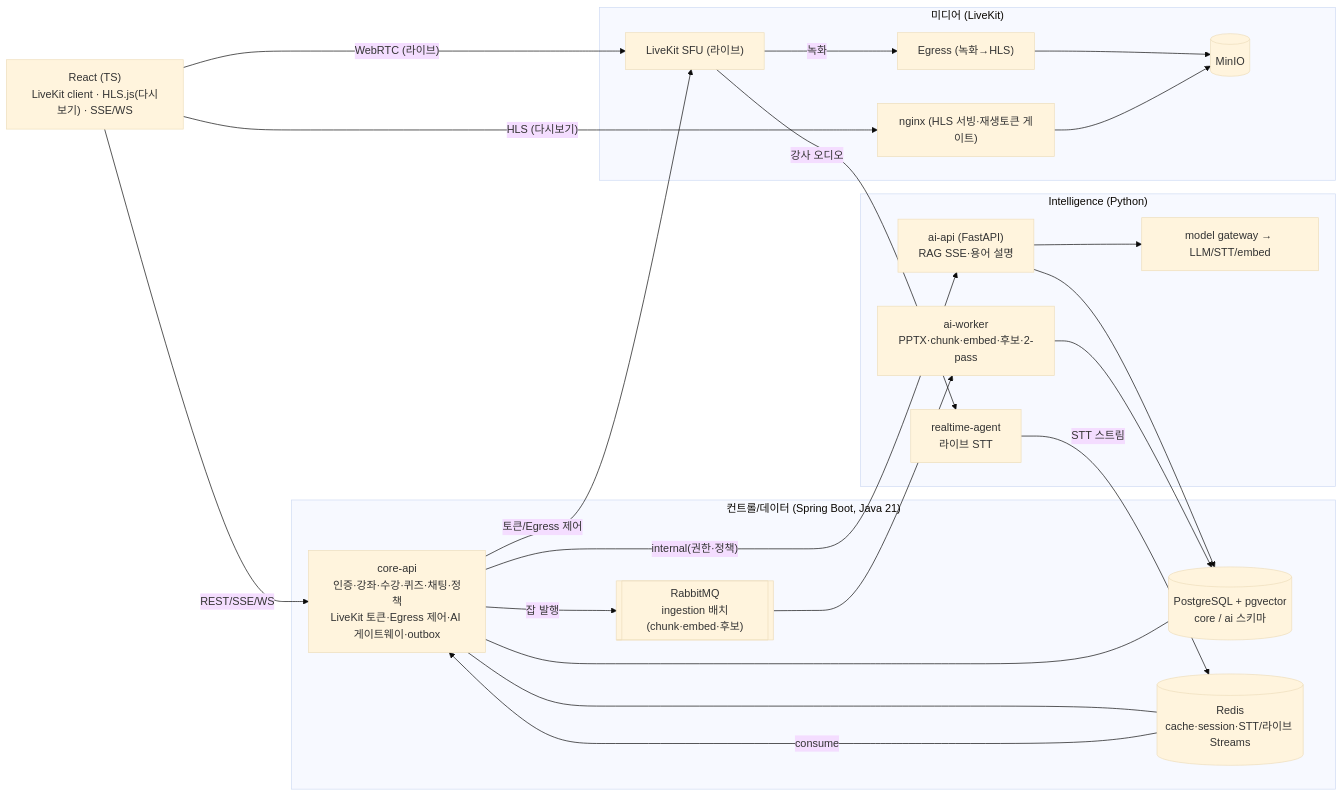
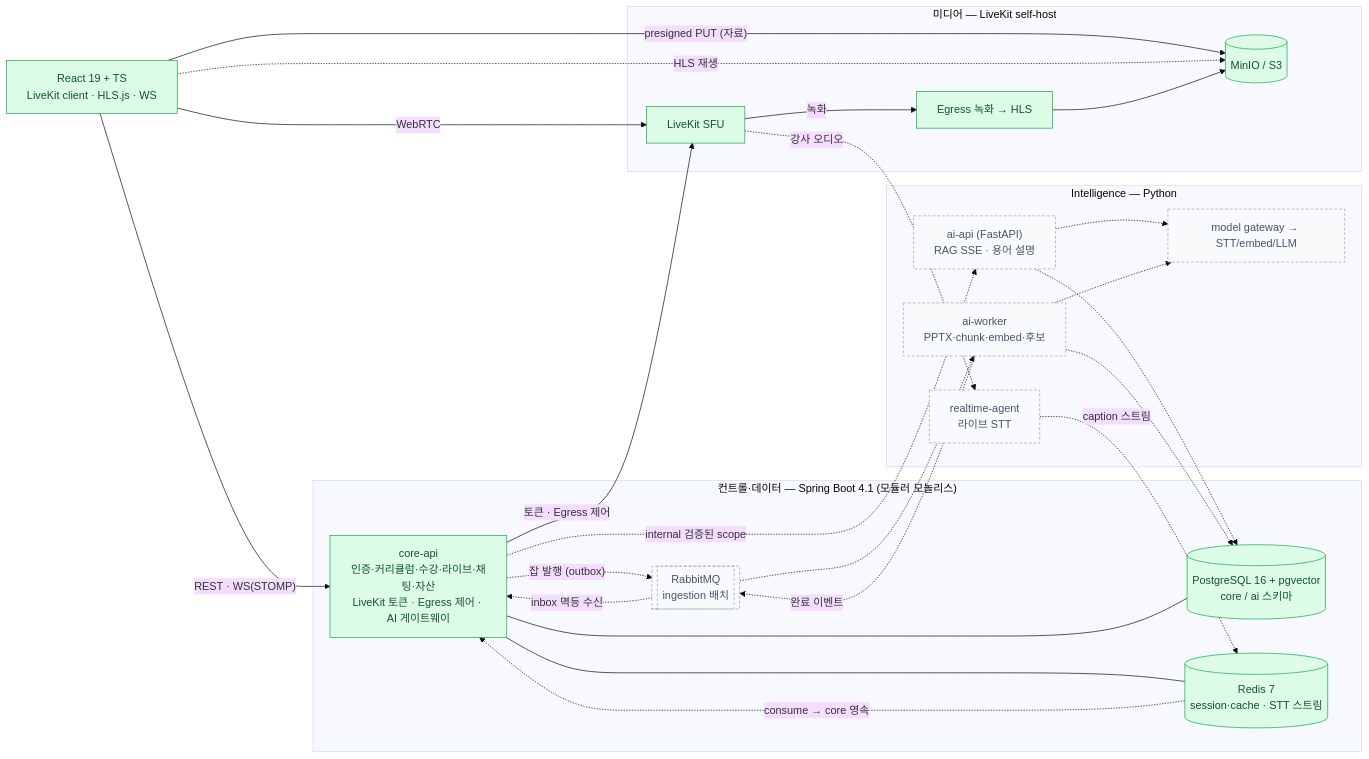
One commit to thdwjdrl401/jiphyeonjeon changed the first of 7 diagrams in docs/ARCHITECTURE.md. Above: the diagram before and after it, drawn with Mermaid (base theme). The commit also changed other lines of this file, not shown here.

````diff
--- a/docs/ARCHITECTURE.md
+++ b/docs/ARCHITECTURE.md
@@ -38,41 +65,53 @@
 ```mermaid
 flowchart LR
-  FE["React (TS)<br/>LiveKit client · HLS.js(다시보기) · SSE/WS"]
-  subgraph CTRL["컨트롤/데이터 (Spring Boot, Java 21)"]
-    SP["core-api<br/>인증·강좌·수강·퀴즈·채팅·정책<br/>LiveKit 토큰·Egress 제어·AI 게이트웨이·outbox"]
-    PG[("PostgreSQL + pgvector<br/>core / ai 스키마")]
-    RD[("Redis<br/>cache·session·STT/라이브 Streams")]
-    MQ[["RabbitMQ<br/>ingestion 배치(chunk·embed·후보)"]]
-  end
-  subgraph AI["Intelligence (Python)"]
-    AG["realtime-agent<br/>라이브 STT"]
-    API["ai-api (FastAPI)<br/>RAG SSE·용어 설명"]
-    WK["ai-worker<br/>PPTX·chunk·embed·후보·2-pass"]
-    GW["model gateway → LLM/STT/embed"]
-  end
-  subgraph MEDIA["미디어 (LiveKit)"]
-    LK["LiveKit SFU (라이브)"]
-    EG["Egress (녹화→HLS)"]
-    OBJ[("MinIO")]
-    NGX["nginx (HLS 서빙·재생토큰 게이트)"]
+  classDef built fill:#dcfce7,stroke:#16a34a,color:#14532d
+  classDef partial fill:#fef9c3,stroke:#ca8a04,color:#713f12
+  classDef planned fill:#f8fafc,stroke:#94a3b8,color:#475569,stroke-dasharray:4 3
+
+  FE["React 19 + TS<br/>LiveKit client · HLS.js · WS"]
+
+  subgraph CTRL["컨트롤·데이터 — Spring Boot 4.1 (모듈러 모놀리스)"]
+    SP["core-api<br/>인증·커리큘럼·수강·라이브·채팅·자산<br/>LiveKit 토큰 · Egress 제어 · AI 게이트웨이"]
+    PG[("PostgreSQL 16 + pgvector<br/>core / ai 스키마")]
+    RD[("Redis 7<br/>session·cache · STT 스트림")]
+    MQ[["RabbitMQ<br/>ingestion 배치"]]
   end
 
-  FE -- "REST/SSE/WS" --> SP
-  FE -- "WebRTC (라이브)" --> LK
-  FE -- "HLS (다시보기)" --> NGX
-  SP -- "토큰/Egress 제어" --> LK
+  subgraph AI["Intelligence — Python"]
+    AG["realtime-agent<br/>라이브 STT"]
+    API["ai-api (FastAPI)<br/>RAG SSE · 용어 설명"]
+    WK["ai-worker<br/>PPTX·chunk·embed·후보"]
+    GW["model gateway → STT/embed/LLM"]
+  end
+
+  subgraph MEDIA["미디어 — LiveKit self-host"]
+    LK["LiveKit SFU"]
+    EG["Egress 녹화 → HLS"]
+    OBJ[("MinIO / S3")]
+  end
+
+  FE -->|"REST · WS(STOMP)"| SP
+  FE -->|"WebRTC"| LK
+  FE -->|"presigned PUT (자료)"| OBJ
+  FE -.->|"HLS 재생"| OBJ
+  SP -->|"토큰 · Egress 제어"| LK
   SP --- PG
   SP --- RD
-  SP -- "잡 발행" --> MQ
-  SP -- "internal(권한·정책)" --> API
-  MQ --> WK
-  LK -- "강사 오디오" --> AG
-  AG -- "STT 스트림" --> RD
-  RD -- "consume" --> SP
-  LK -- "녹화" --> EG
+  SP -.->|"잡 발행 (outbox)"| MQ
+  SP -.->|"internal 검증된 scope"| API
+  MQ -.-> WK
+  WK -.->|"완료 이벤트"| MQ
+  MQ -.->|"inbox 멱등 수신"| SP
+  LK -.->|"강사 오디오"| AG
+  AG -.->|"caption 스트림"| RD
+  RD -.->|"consume → core 영속"| SP
+  LK -->|"녹화"| EG
   EG --> OBJ
-  NGX --> OBJ
-  API --> PG
-  API --> GW
-  WK --> PG
+  API -.-> PG
+  API -.-> GW
+  WK -.-> GW
+  WK -.-> PG
+
+  class FE,SP,PG,RD,LK,EG,OBJ built
+  class MQ,AG,API,WK,GW planned
 ```
````
